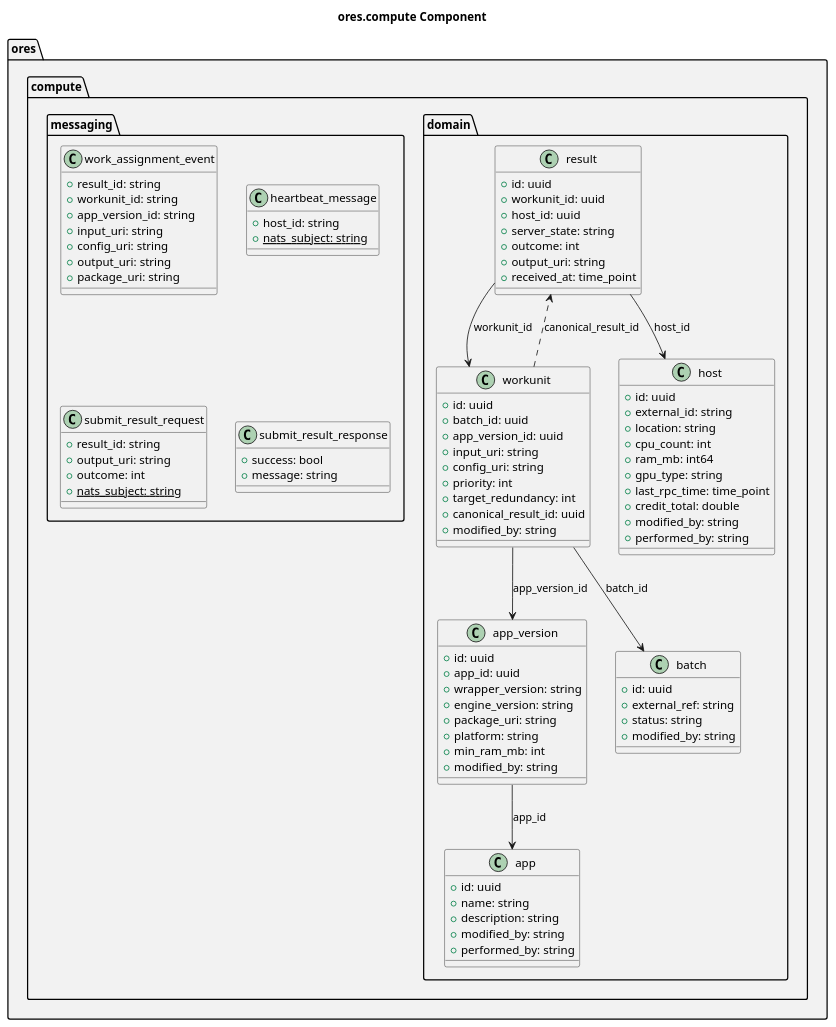
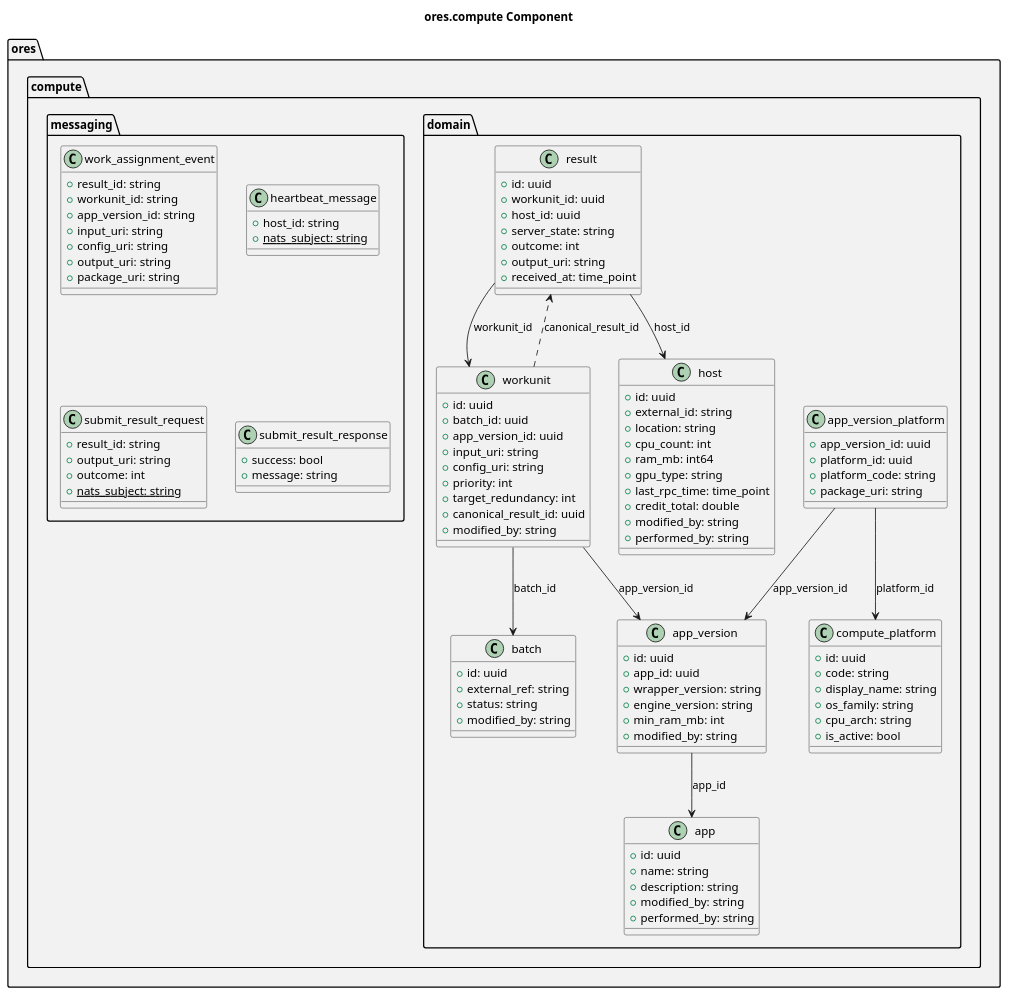
Before and after one commit to OreStudio/OreStudio: the diagram in projects/ores.compute.core/modeling/ores.compute.puml, drawn with PlantUML. The commit also changed 3 other files, not shown here.

First line of the commit message:
[compute,sql] Add app_version_platform tests and refresh diagrams

```diff
--- a/projects/ores.compute.core/modeling/ores.compute.puml
+++ b/projects/ores.compute.core/modeling/ores.compute.puml
@@ -18,104 +18,118 @@
 @startuml
 
 title ores.compute Component
 
 set namespaceSeparator ::
 
 namespace ores #F2F2F2 {
     namespace compute #F2F2F2 {
 
         namespace domain #F2F2F2 {
             class host {
                 + id: uuid
                 + external_id: string
                 + location: string
                 + cpu_count: int
                 + ram_mb: int64
                 + gpu_type: string
                 + last_rpc_time: time_point
                 + credit_total: double
                 + modified_by: string
                 + performed_by: string
             }
             class app {
                 + id: uuid
                 + name: string
                 + description: string
                 + modified_by: string
                 + performed_by: string
             }
             class app_version {
                 + id: uuid
                 + app_id: uuid
                 + wrapper_version: string
                 + engine_version: string
-                + package_uri: string
-                + platform: string
                 + min_ram_mb: int
                 + modified_by: string
+            }
+            class app_version_platform {
+                + app_version_id: uuid
+                + platform_id: uuid
+                + platform_code: string
+                + package_uri: string
+            }
+            class compute_platform {
+                + id: uuid
+                + code: string
+                + display_name: string
+                + os_family: string
+                + cpu_arch: string
+                + is_active: bool
             }
             class batch {
                 + id: uuid
                 + external_ref: string
                 + status: string
                 + modified_by: string
             }
             class workunit {
                 + id: uuid
                 + batch_id: uuid
                 + app_version_id: uuid
                 + input_uri: string
                 + config_uri: string
                 + priority: int
                 + target_redundancy: int
                 + canonical_result_id: uuid
                 + modified_by: string
             }
             class result {
                 + id: uuid
                 + workunit_id: uuid
                 + host_id: uuid
                 + server_state: string
                 + outcome: int
                 + output_uri: string
                 + received_at: time_point
             }
 
             app_version --> app : app_id
+            app_version_platform --> app_version : app_version_id
+            app_version_platform --> compute_platform : platform_id
             workunit --> batch : batch_id
             workunit --> app_version : app_version_id
             result --> workunit : workunit_id
             result --> host : host_id
             workunit ..> result : canonical_result_id
         }
 
         namespace messaging #F2F2F2 {
             class work_assignment_event {
                 + result_id: string
                 + workunit_id: string
                 + app_version_id: string
                 + input_uri: string
                 + config_uri: string
                 + output_uri: string
                 + package_uri: string
             }
             class heartbeat_message {
                 + host_id: string
                 + {static} nats_subject: string
             }
             class submit_result_request {
                 + result_id: string
                 + output_uri: string
                 + outcome: int
                 + {static} nats_subject: string
             }
             class submit_result_response {
                 + success: bool
                 + message: string
             }
         }
 
     }
 }
 
 @enduml
```
